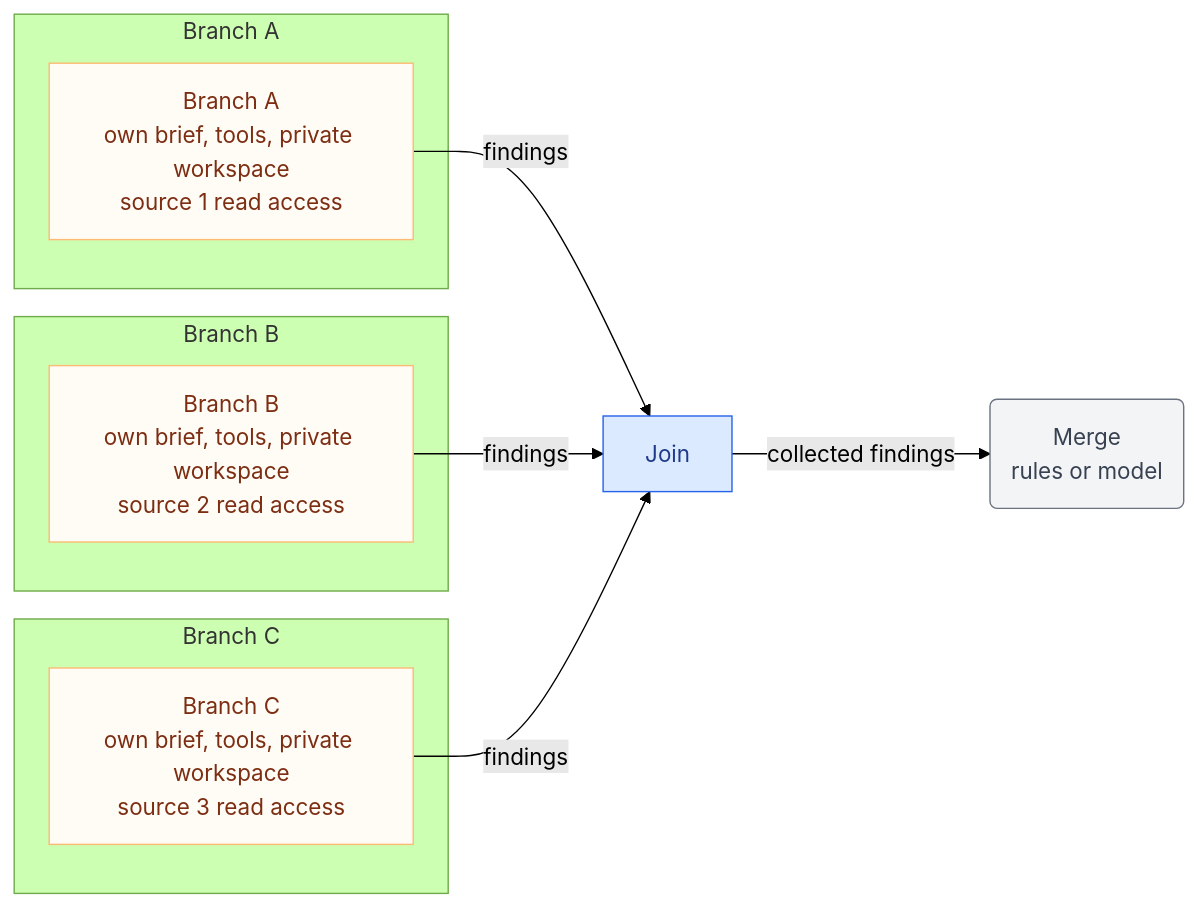
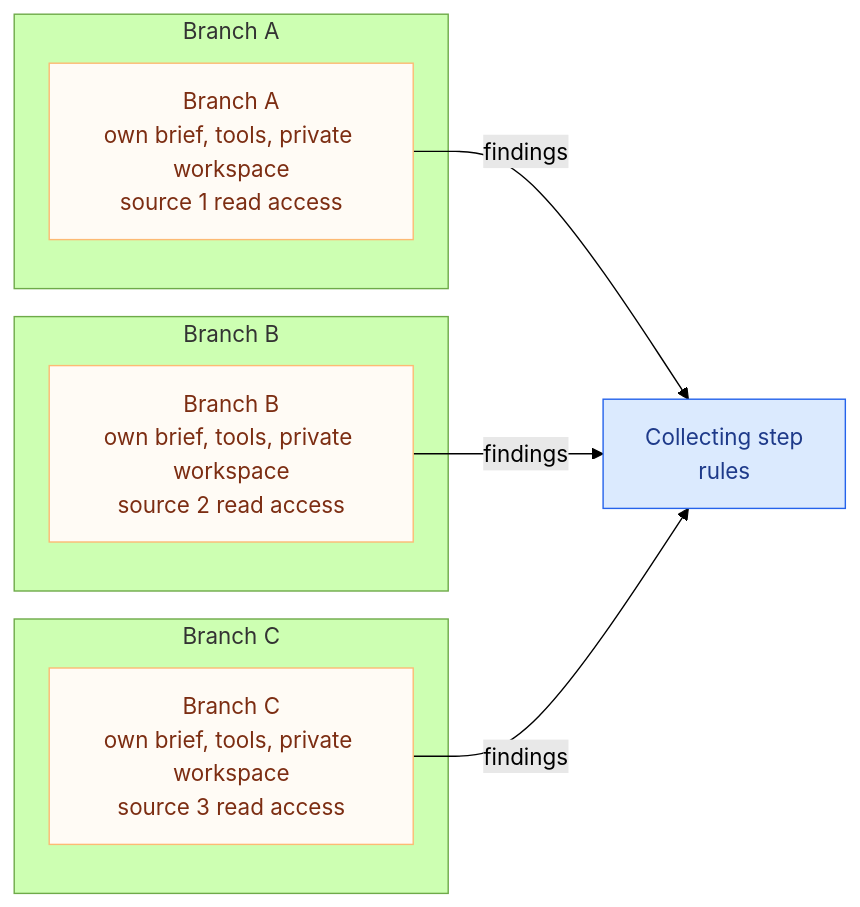
The diagram in workstreams/reference-architectures/patterns/branch-isolation.md (mzagar/wg-workflows-and-process-integration), drawn with Mermaid (forest theme) before and after one commit. The commit also changed other lines of this file and 2 other files, not shown here.

````diff
--- a/workstreams/reference-architectures/patterns/branch-isolation.md
+++ b/workstreams/reference-architectures/patterns/branch-isolation.md
@@ -25,20 +25,17 @@
 ```mermaid
 flowchart LR
     subgraph A[Branch A]
         a["Branch A<br/>own brief, tools, private workspace<br/>source 1 read access"]
     end
     subgraph B[Branch B]
         b["Branch B<br/>own brief, tools, private workspace<br/>source 2 read access"]
     end
     subgraph C[Branch C]
         c["Branch C<br/>own brief, tools, private workspace<br/>source 3 read access"]
     end
-    a & b & c -- findings --> join[Join]
-    join -- collected findings --> merge("Merge<br/>rules or model")
+    a & b & c -- findings --> collect["Collecting step<br/>rules"]
     classDef branch fill:#fffbf5,stroke:#fdba74,color:#7c2d12
     classDef workflow fill:#dbeafe,stroke:#2563eb,color:#1e3a8a
-    classDef mergeStep fill:#f3f4f6,stroke:#6b7280,color:#374151
     class a,b,c branch
-    class join workflow
-    class merge mergeStep
+    class collect workflow
 ```
````
